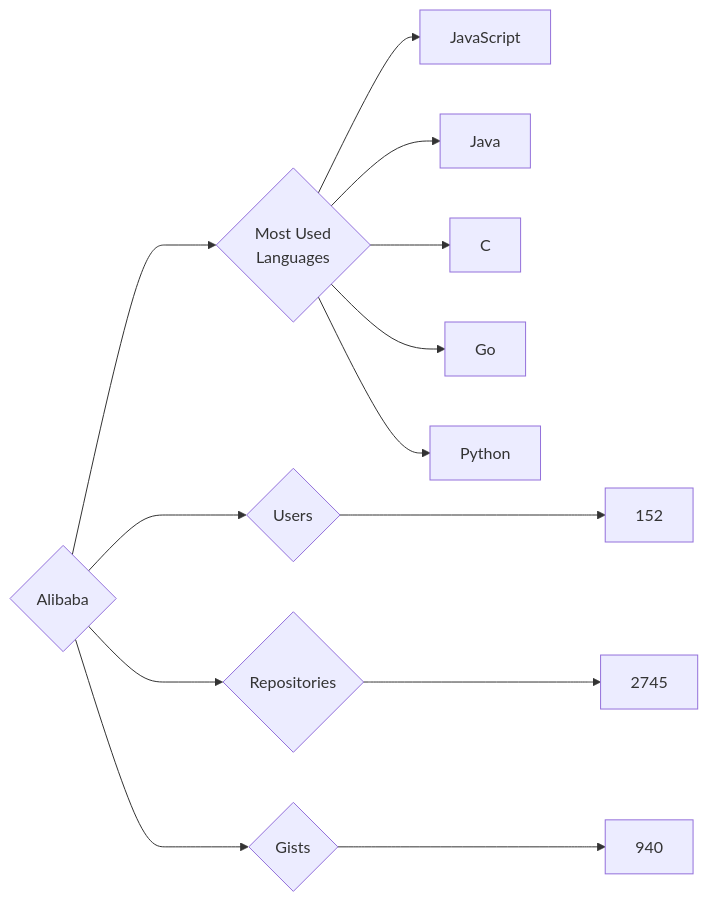
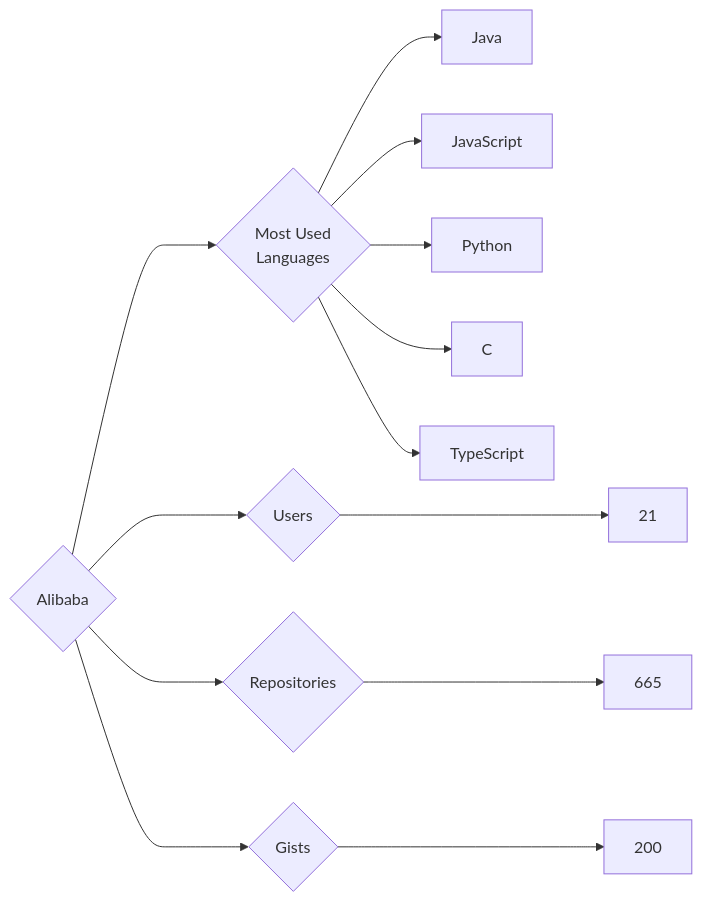
Before and after one commit to trickest/insiders: the diagram in targets/Alibaba/README.md, drawn with Mermaid. The commit also changed 872 other files, not shown here.

````diff
--- a/targets/Alibaba/README.md
+++ b/targets/Alibaba/README.md
@@ -3,13 +3,13 @@
 ```mermaid
 graph LR
 COMPANY_NAME{Alibaba}
-COMPANY_NAME ---> U{Users} ---> UN[152]
-COMPANY_NAME ---> R{Repositories} ---> RN[2745]
-COMPANY_NAME ---> G{Gists} ---> GN[940]
+COMPANY_NAME ---> U{Users} ---> UN[21]
+COMPANY_NAME ---> R{Repositories} ---> RN[665]
+COMPANY_NAME ---> G{Gists} ---> GN[200]
 COMPANY_NAME ---> ML{Most Used<br>Languages}
+ML --> Java[Java]
 ML --> JavaScript[JavaScript]
-ML --> Java[Java]
+ML --> Python[Python]
 ML --> C[C]
-ML --> Go[Go]
-ML --> Python[Python]
+ML --> TypeScript[TypeScript]
 ```
````
